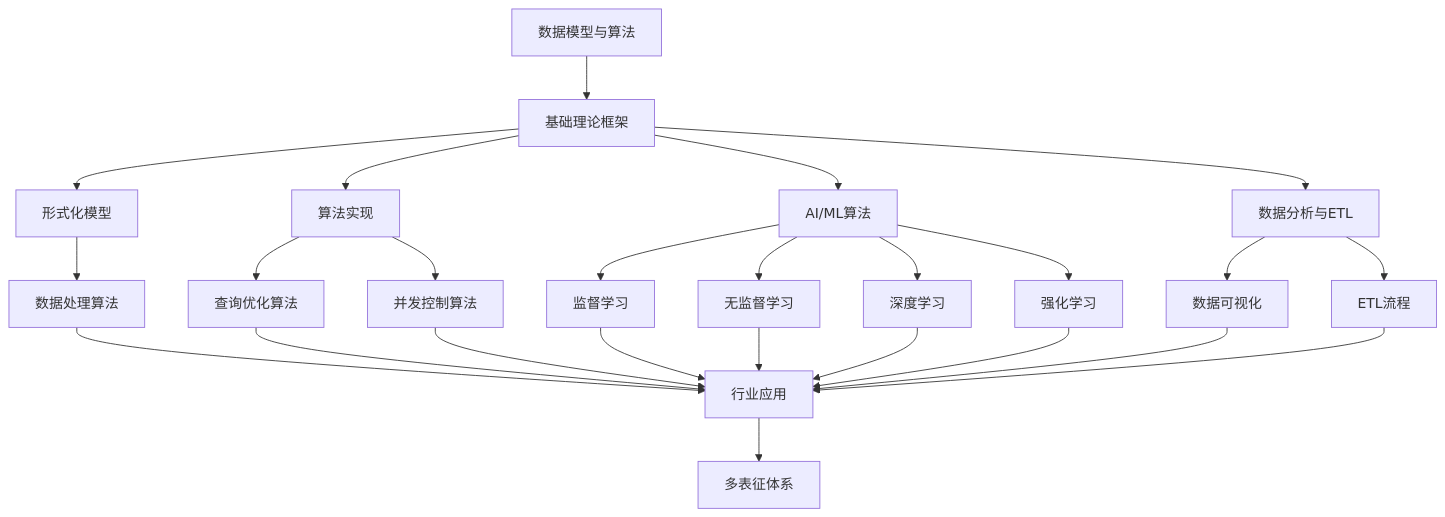
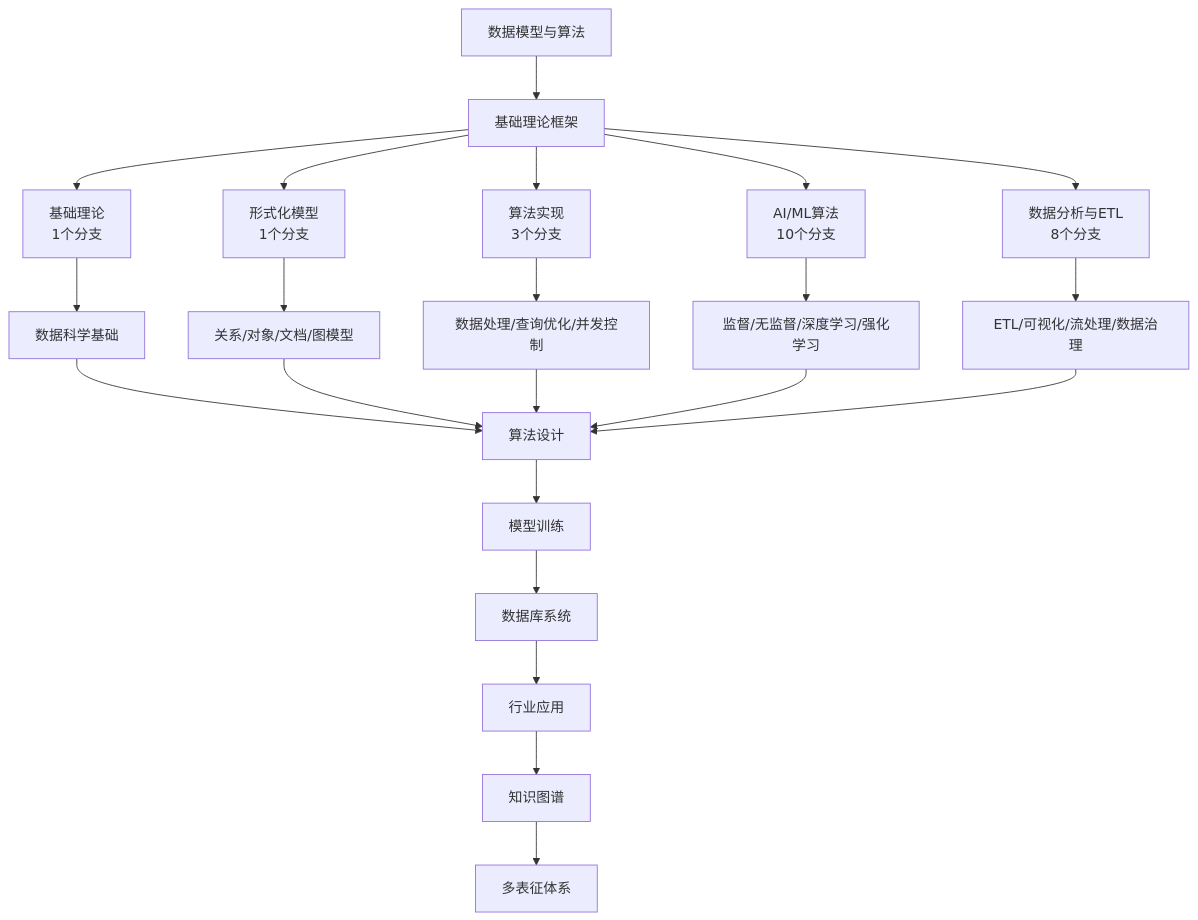
One commit to AdaMartin18010/Data-Science changed the diagram in Analysis/3-数据模型与算法/README.md. Above: the diagram before and after it, drawn with Mermaid. The commit also changed other lines of this file and 18 other files, not shown here.

````diff
--- a/Analysis/3-数据模型与算法/README.md
+++ b/Analysis/3-数据模型与算法/README.md
@@ -26,19 +26,22 @@
 ```mermaid
 flowchart TD
   A[数据模型与算法] --> B[基础理论框架]
-  B --> C1[形式化模型]
-  B --> C2[算法实现]
-  B --> C3[AI/ML算法]
-  B --> C4[数据分析与ETL]
-  C1 --> D[数据处理算法]
-  C2 --> E[查询优化算法]
-  C2 --> F[并发控制算法]
-  C3 --> G[监督学习]
-  C3 --> H[无监督学习]
-  C3 --> I[深度学习]
-  C3 --> J[强化学习]
-  C4 --> K[数据可视化]
-  C4 --> L[ETL流程]
-  D & E & F & G & H & I & J & K & L --> M[行业应用]
+  B --> C1[基础理论<br/>1个分支]
+  B --> C2[形式化模型<br/>1个分支]
+  B --> C3[算法实现<br/>3个分支]
+  B --> C4[AI/ML算法<br/>10个分支]
+  B --> C5[数据分析与ETL<br/>8个分支]
+  
+  C1 --> D[数据科学基础]
+  C2 --> E[关系/对象/文档/图模型]
+  C3 --> F[数据处理/查询优化/并发控制]
+  C4 --> G[监督/无监督/深度学习/强化学习]
+  C5 --> H[ETL/可视化/流处理/数据治理]
+  
+  D & E & F & G & H --> I[算法设计]
+  I --> J[模型训练]
+  J --> K[数据库系统]
+  K --> L[行业应用]
+  L --> M[知识图谱]
   M --> N[多表征体系]
 ```
````
